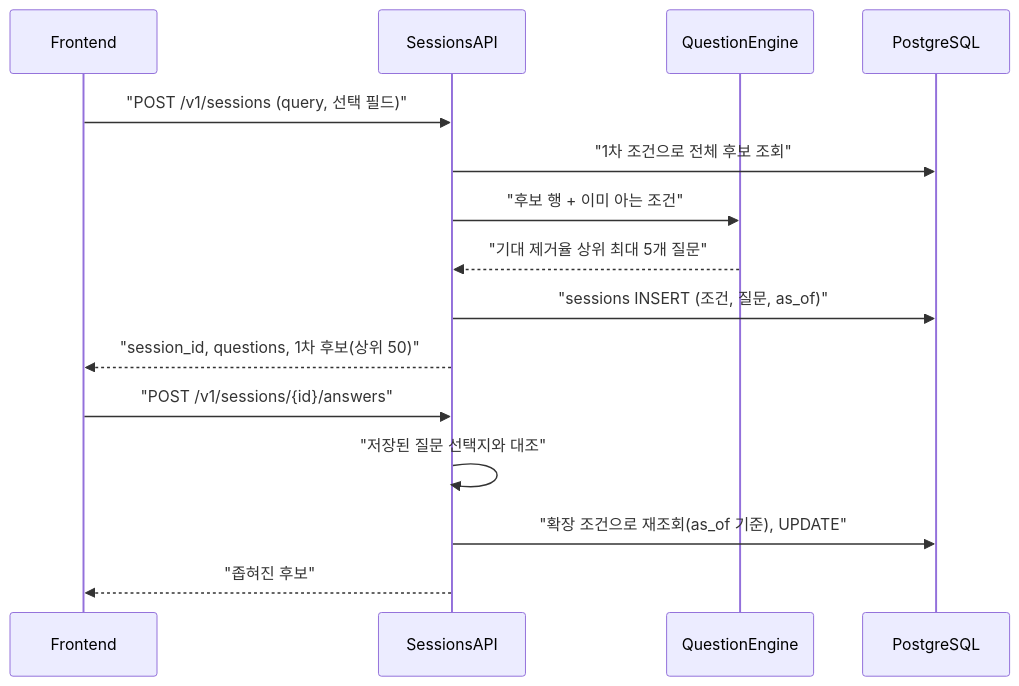
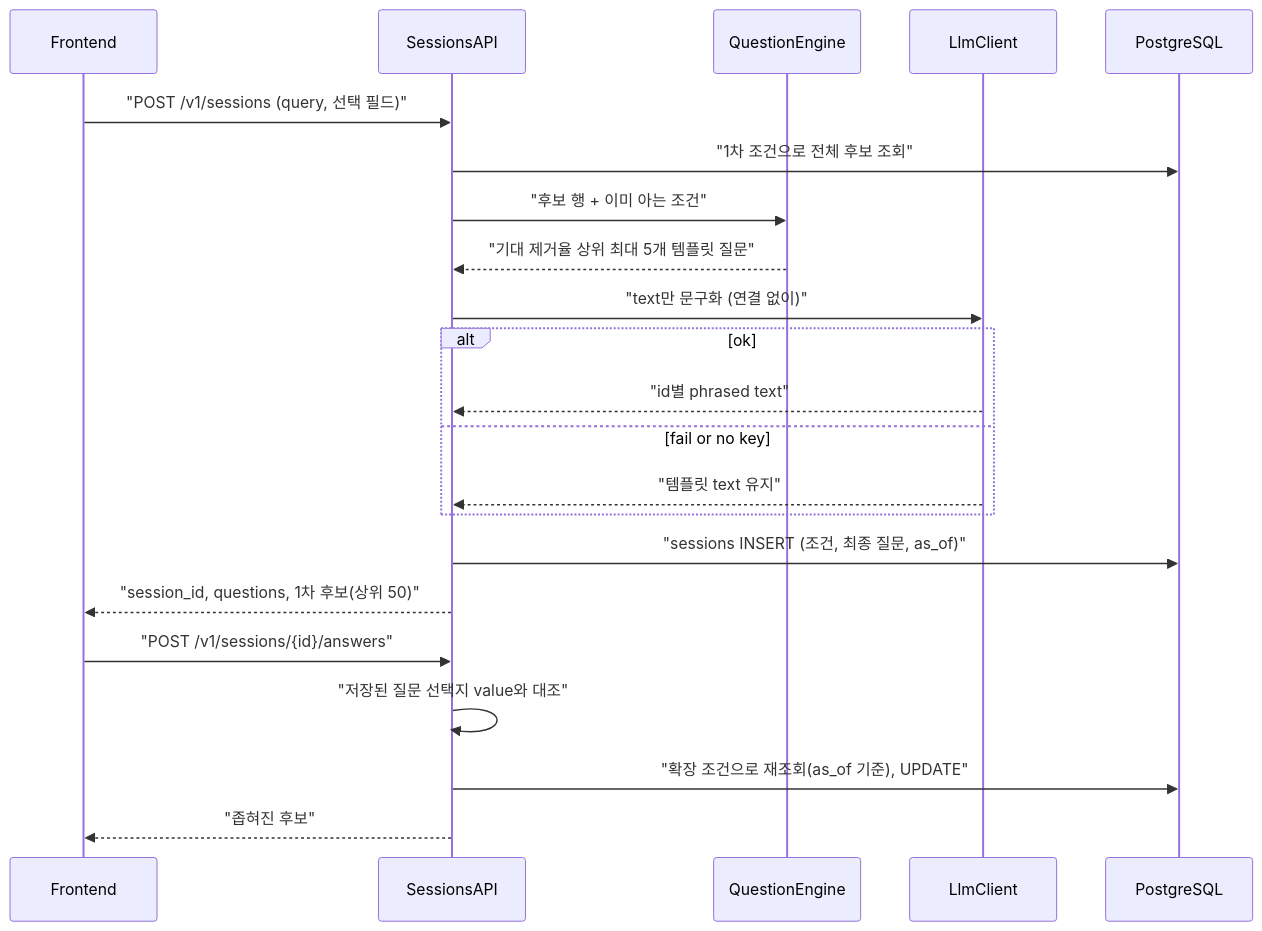
Before and after one commit to sunwoo611/youthfit-be: the second of 4 diagrams in docs/architecture.md, drawn with Mermaid. The commit also changed other lines of this file and 5 other files, not shown here.

First line of the commit message:
docs: LLM 질문 문구화 ADR과 현황 문서 갱신

````diff
--- a/docs/architecture.md
+++ b/docs/architecture.md
@@ -44,17 +44,24 @@
 ```mermaid
 sequenceDiagram
   participant FE as Frontend
   participant API as SessionsAPI
   participant QE as QuestionEngine
+  participant LLM as LlmClient
   participant PG as PostgreSQL
   FE->>API: "POST /v1/sessions (query, 선택 필드)"
   API->>PG: "1차 조건으로 전체 후보 조회"
   API->>QE: "후보 행 + 이미 아는 조건"
-  QE-->>API: "기대 제거율 상위 최대 5개 질문"
-  API->>PG: "sessions INSERT (조건, 질문, as_of)"
+  QE-->>API: "기대 제거율 상위 최대 5개 템플릿 질문"
+  API->>LLM: "text만 문구화 (연결 없이)"
+  alt ok
+    LLM-->>API: "id별 phrased text"
+  else fail or no key
+    LLM-->>API: "템플릿 text 유지"
+  end
+  API->>PG: "sessions INSERT (조건, 최종 질문, as_of)"
   API-->>FE: "session_id, questions, 1차 후보(상위 50)"
   FE->>API: "POST /v1/sessions/{id}/answers"
-  API->>API: "저장된 질문 선택지와 대조"
+  API->>API: "저장된 질문 선택지 value와 대조"
   API->>PG: "확장 조건으로 재조회(as_of 기준), UPDATE"
   API-->>FE: "좁혀진 후보"
 ```
````
